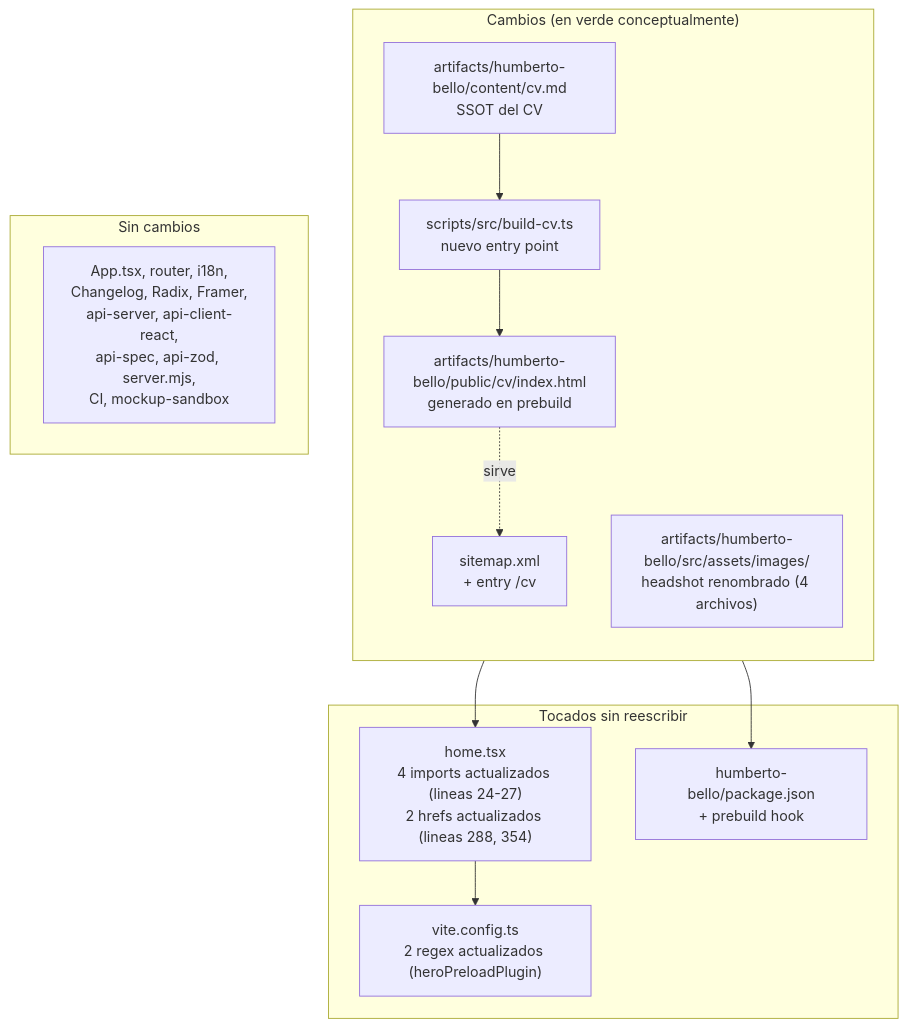
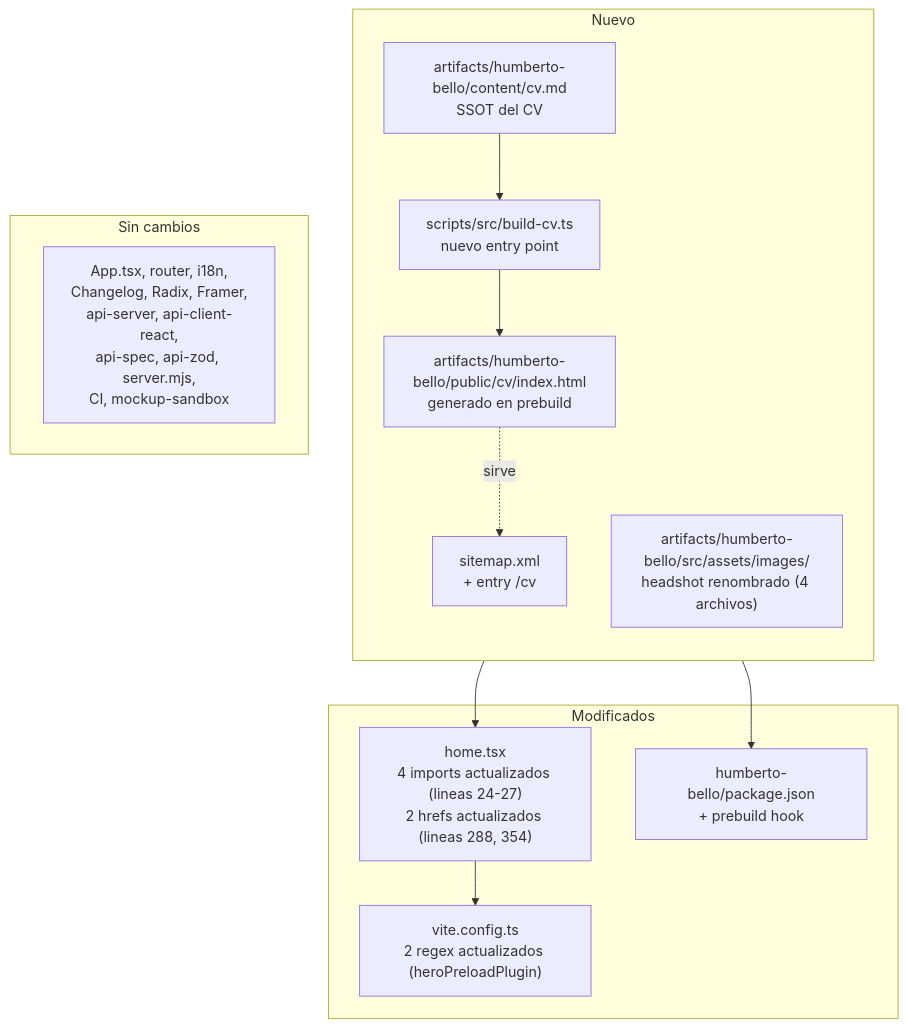
The ninth of 9 diagrams in architecture.md (humbertobellor/dossier), drawn with Mermaid before and after one commit. The commit also changed other lines of this file, not shown here.

First line of the commit message:
docs(architecture): strip decision/assumption commentary

````diff
--- a/architecture.md
+++ b/architecture.md
@@ -452,27 +440,27 @@
 ```mermaid
 flowchart TB
-    subgraph New["Cambios (en verde conceptualmente)"]
+    subgraph New["Nuevo"]
         direction TB
         CONT["artifacts/humberto-bello/content/cv.md<br/>SSOT del CV"]
         ASSETS["artifacts/humberto-bello/src/assets/images/<br/>headshot renombrado (4 archivos)"]
         BUILD["scripts/src/build-cv.ts<br/>nuevo entry point"]
         PUBCV["artifacts/humberto-bello/public/cv/index.html<br/>generado en prebuild"]
         SITE["sitemap.xml<br/>+ entry /cv"]
     end
 
-    subgraph Touched["Tocados sin reescribir"]
+    subgraph Touched["Modificados"]
         HOME["home.tsx<br/>4 imports actualizados (lineas 24-27)<br/>2 hrefs actualizados (lineas 288, 354)"]
         VC["vite.config.ts<br/>2 regex actualizados (heroPreloadPlugin)"]
         PKG["humberto-bello/package.json<br/>+ prebuild hook"]
     end
 
     subgraph Intact["Sin cambios"]
         REACT["App.tsx, router, i18n,<br/>Changelog, Radix, Framer,<br/>api-server, api-client-react,<br/>api-spec, api-zod, server.mjs,<br/>CI, mockup-sandbox"]
     end
 
     CONT --> BUILD --> PUBCV
     ASSETS --> HOME
     HOME --> VC
     BUILD --> PKG
     PUBCV -.sirve.-> SITE
 ```
````
